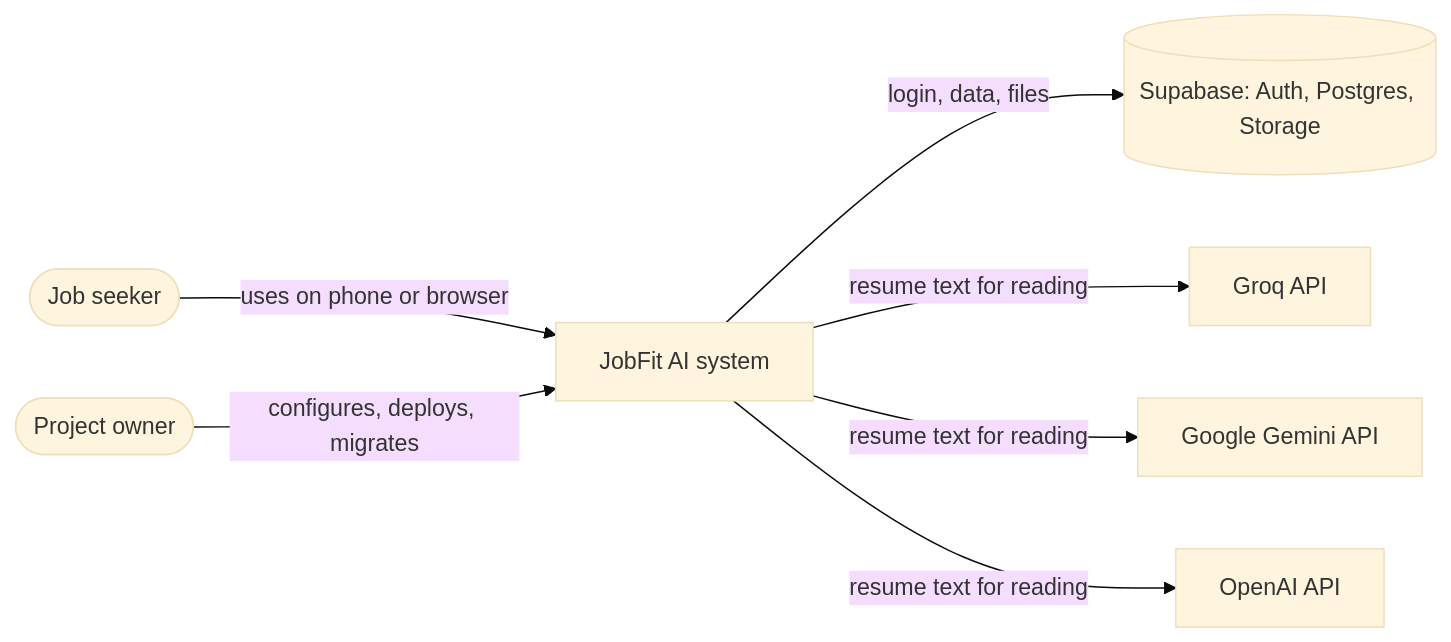
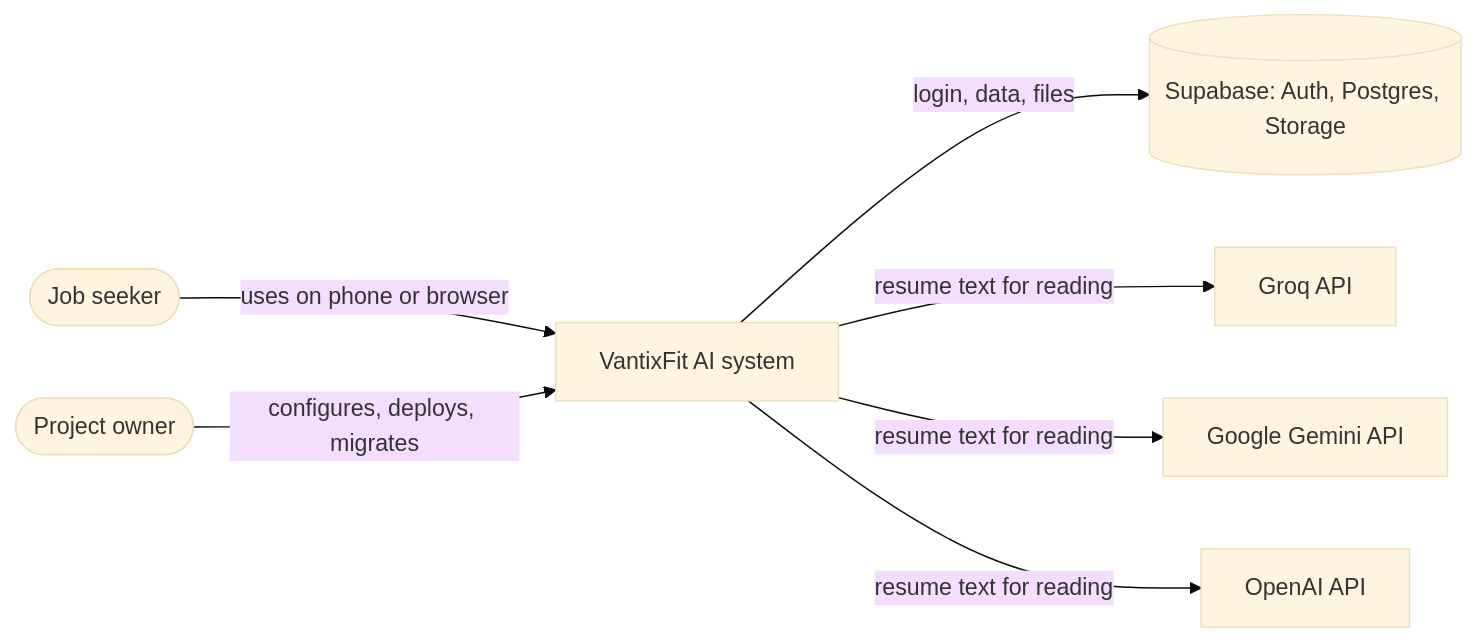
The first of 3 diagrams in document/05-architecture.md (AybanFred/jobfit-ai), drawn with Mermaid (base theme) before and after one commit. The commit also changed other lines of this file and 16 other files, not shown here.

````diff
--- a/document/05-architecture.md
+++ b/document/05-architecture.md
@@ -34,17 +34,17 @@
 ```mermaid
 flowchart LR
   user(["Job seeker"])
   owner(["Project owner"])
-  jobfit["JobFit AI system"]
+  jobfit["VantixFit AI system"]
   supa[("Supabase: Auth, Postgres, Storage")]
   groq["Groq API"]
   gem["Google Gemini API"]
   oai["OpenAI API"]
 
   user -->|"uses on phone or browser"| jobfit
   owner -->|"configures, deploys, migrates"| jobfit
   jobfit -->|"login, data, files"| supa
   jobfit -->|"resume text for reading"| groq
   jobfit -->|"resume text for reading"| gem
   jobfit -->|"resume text for reading"| oai
 ```
````
